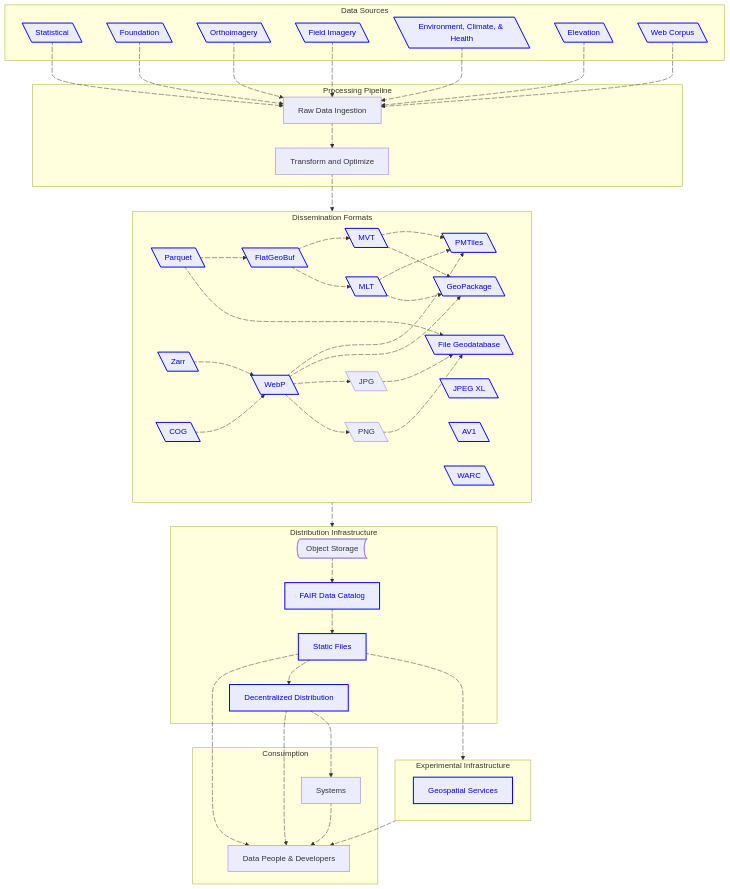
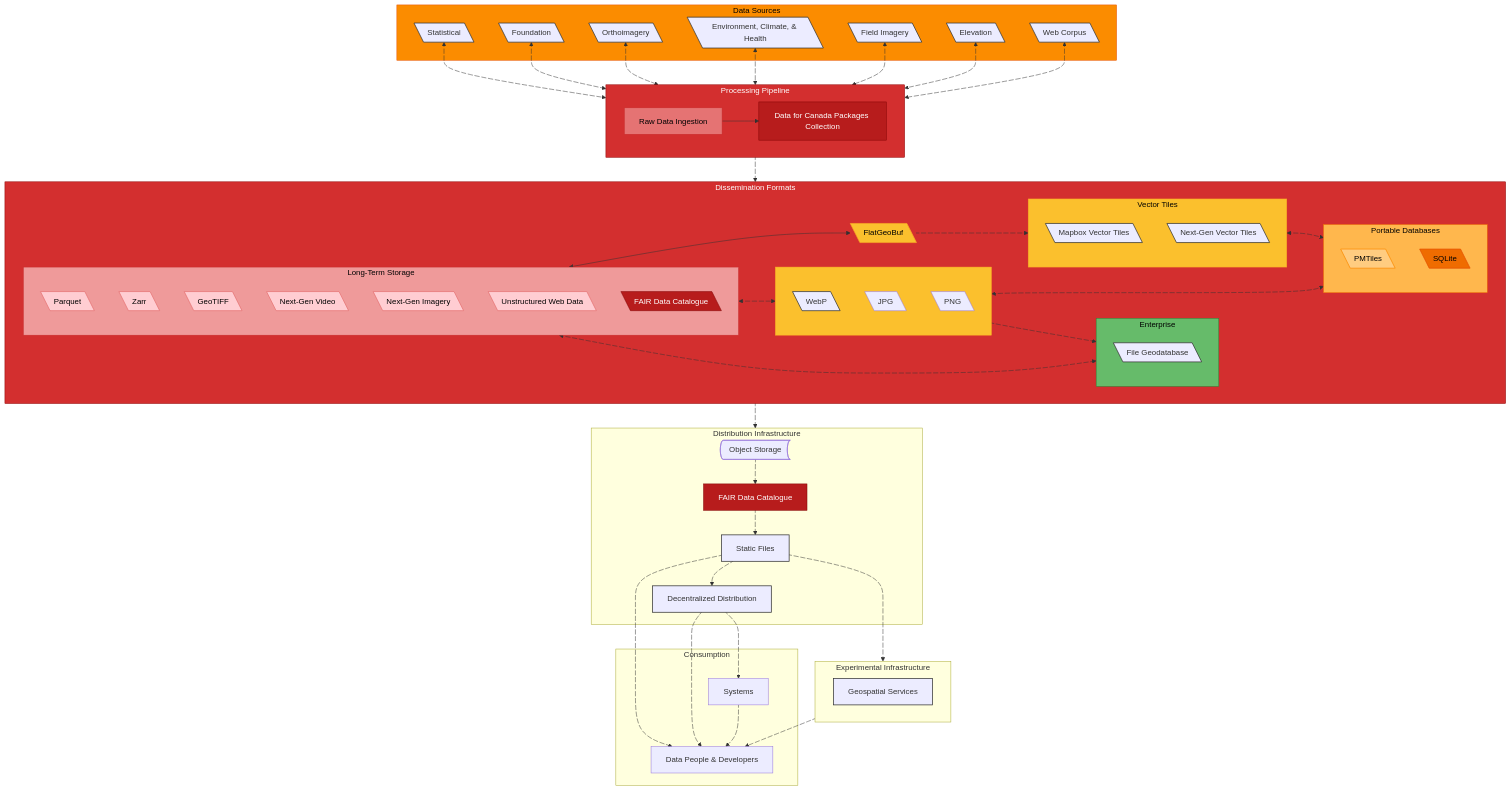
Before and after one commit to dataforcanada/.github: the diagram in profile/README.md, drawn with Mermaid. The commit also changed other lines of this file, not shown here.

````diff
--- a/profile/README.md
+++ b/profile/README.md
@@ -66,134 +69,222 @@
 ```mermaid
 flowchart TD
     classDef linkNode stroke:#0000EE,color:#0000EE,stroke-width:2px;
+    
+    %% ---------------------------------------------------------
+    %% 1. DATA SOURCES
+    %% ---------------------------------------------------------
     subgraph ds [Data Sources]
         Statistical@{ shape: lean-l}
         Foundation@{ shape: lean-l}
         Orthoimagery@{ shape: lean-l}
+        EnvironmentClimate@{ shape: lean-l, label: "Environment, Climate, & Health"}
         FieldImagery@{ shape: lean-l, label: "Field Imagery"}
-        EnvironmentClimate@{ shape: lean-l, label: "Environment, Climate, & Health"}
         Elevation@{ shape: lean-l}
         WebCorpus@{ shape: lean-l, label: "Web Corpus"}
     end
 
+    %% ---------------------------------------------------------
+    %% 3. PROCESSING PIPELINE
+    %% ---------------------------------------------------------
     subgraph pp [Processing Pipeline]
+        %% Not the orchestrator, but a key towards achieving project mission.
+        DataforCanadaPackagesCollection@{ shape: rect, label: "Data for Canada Packages Collection"}
         Raw@{ shape: rect, label: "Raw Data Ingestion"}
-        Transform@{ shape: rect, label: "Transform and Optimize"}
+        %% Internal Link
+        Raw --> DataforCanadaPackagesCollection
     end
 
+    %% ---------------------------------------------------------
+    %% 4. DISSEMINATION FORMATS
+    %% ---------------------------------------------------------
     subgraph df [Dissemination Formats]
-        Parquet@{ shape: lean-l}
+        
+        %% Box: Long-Term Storage (Pastel Gold)
+        subgraph sot [Long-Term Storage]
+            Parquet@{ shape: lean-l}
+            Zarr@{ shape: lean-l}
+            GeoTIFF@{ shape: lean-l}
+            AV1@{ shape: lean-l, label: "Next-Gen Video"}
+            JPEGXL@{ shape: lean-l, label: "Next-Gen Imagery"}
+            WARC@{ shape: lean-l, label: "Unstructured Web Data"}
+            FAIRDataDis@{ shape: lean-l, label: "FAIR Data Catalogue"}
+        end
+
+        %% Intermediate format (Standalone)
         FlatGeoBuf@{ shape: lean-l}
-        MVT@{ shape: lean-l}
-        MLT@{ shape: lean-l}
-        PMTiles@{ shape: lean-l}
-        GeoPackage@{ shape: lean-l}
-        FileGeodatabase@{shape: lean-l, label: "File Geodatabase"}
-        COG@{ shape: lean-l}
-        Zarr@{ shape: lean-l}
-        WebP@{ shape: lean-l}
-        JPG@{ shape: lean-l}
-        PNG@{ shape: lean-l}
-        JPEGXL@{ shape: lean-l, label: "JPEG XL"}
-        AV1@{ shape: lean-l, label: "AV1"}
-        WARC@{ shape: lean-l}
+
+        %% Box: Vector Tiles (Pastel Orange)
+        subgraph vt [Vector Tiles]
+            VectorTiles@{ shape: lean-l, label: "Mapbox Vector Tiles"}
+            NextGenVectorTiles@{ shape: lean-l, label: "Next-Gen Vector Tiles"}
+        end
+
+        %% Box: Visuals (Pastel Blue - No Name)
+        subgraph visuals [" "]
+            WebP@{ shape: lean-l}
+            JPG@{ shape: lean-l}
+            PNG@{ shape: lean-l}
+        end
+
+        %% Box: Portable Databases (Pastel Green)
+        subgraph pkg [Portable Databases]
+            PMTiles@{ shape: lean-l}
+            SQLite@{ shape: lean-l}
+        end
+
+        %% Box: Enterprise (Pastel Purple)
+        subgraph ent [Enterprise]
+            FileGeodatabase@{shape: lean-l, label: "File Geodatabase"}
+        end
     end
 
+    %% ---------------------------------------------------------
+    %% 5. DISTRIBUTION INFRASTRUCTURE
+    %% ---------------------------------------------------------
     subgraph di [Distribution Infrastructure]
         ObjectStorage@{ shape: bow-rect, label: "Object Storage"}
-        Metadata@{ shape: rect, label: "FAIR Data Catalog"}
+        Metadata@{ shape: rect, label: "FAIR Data Catalogue"}
         HTTP@{ shape: rect, label: "Static Files"}
         DecentralizedDistribution@{ shape: rect, label: "Decentralized Distribution"}
     end
 
+    %% ---------------------------------------------------------
+    %% 6. EXPERIMENTAL INFRASTRUCTURE
+    %% ---------------------------------------------------------
     subgraph ei [Experimental Infrastructure]
         GeoSpatialServices@{ shape: rect, label: "Geospatial Services"}
-        %%Martin@{ shape: rect}
-        %%GeoServer@{ shape: rect}
-        %%ZOOProject@{ shape: rect, label: "ZOO-Project"}
-        %%BBOXServer@{ shape: rect, label: "BBOX Server"}
-        %%Panoramax@{ shape: rect}
-        %%Pelias@{ shape: rect}
     end
 
+    %% ---------------------------------------------------------
+    %% 7. CONSUMPTION
+    %% ---------------------------------------------------------
     subgraph "Consumption"
         DataSci@{ shape: rect, label: "Data People & Developers"}
         Systems@{ shape: rect, label: "Systems"}
     end
 
-    %% Relationships
-    Statistical a1@--> Raw
+    %% =========================================================
+    %% RELATIONSHIPS
+    %% =========================================================
+
+    %% Data Sources <--> Data for Canada Packages Collection (Box)
+    Statistical a1@<--> pp
     a1@{animate: true, animation: slow}
-    Foundation a2@--> Raw
+    Foundation a2@<--> pp
     a2@{animate: true, animation: slow}
-    Orthoimagery a3@--> Raw
+    Orthoimagery a3@<--> pp
     a3@{animate: true, animation: slow}
-    FieldImagery a4@--> Raw
+    EnvironmentClimate a5@<--> pp
+    a5@{animate: true, animation: fast}
+    FieldImagery a4@<--> pp
     a4@{animate:true, animation: fast}
-    EnvironmentClimate a5@--> Raw
-    a5@{animate: true, animation: fast}
-    Elevation a6@--> Raw
+    Elevation a6@<--> pp
     a6@{animate: true, animation: slow}
-    WebCorpus a7@--> Raw
+    WebCorpus a7@<--> pp
     a7@{animate: true, animation: fast}
-    Raw a8@--> Transform
-    a8@{animate: true, animation: slow}
-    Transform a9@--> df
-    a9@{animate: true, animation: slow}
-    Parquet a10@--> FlatGeoBuf
+
+    pp a10@--> df
     a10@{animate: true, animation: fast}
-    Parquet a100@--> FileGeodatabase
+
+    %% Long-Term Storage --> FlatGeoBuf
+    sot a10@<--> FlatGeoBuf
+    a10@{animate: true, animation: fast}
+    
+    %% FlatGeoBuf --> Vector Tiles (Box)
+    FlatGeoBuf a11@--> vt
+    a11@{animate: true, animation: fast}
+
+    %% Long-Term Storage <--> Visuals (Box)
+    sot a12@<--> visuals
+    a12@{animate: true, animation: slow}
+
+    %% Vector Tiles --> Portable Databases (Box)
+    vt a90@<--> pkg
+    a90@{animate: true, animation: fast}
+
+    %% Visuals --> Portable Databases (Box)
+    visuals a93@<--> pkg
+    a93@{animate: true, animation: slow}
+
+    %% Long-Term Storage --> Enterprise (Box)
+    sot a100@<--> ent
     a100@{animate: true, animation: slow}
-    FlatGeoBuf a11@--> MVT
-    a11@{animate: true, animation: fast}
-    FlatGeoBuf a91@--> MLT
-    a91@{animate: true, animation: fast}
-    MVT a90@ --> PMTiles
-    a90@{animate: true, animation: fast}
-    MVT a96@ --> GeoPackage
-    a96@{animate: true, animation: slow}
-    MLT a92@ --> PMTiles
-    a92@{animate: true, animation: slow}
-    MLT a95@ --> GeoPackage
-    a95@{animate: true, animation: slow}
-    Zarr a12@ --> WebP
-    a12@{animate: true, animation: slow}
-    df a13@ --> di
+
+    %% Visuals --> Enterprise (Box)
+    visuals a102@--> ent
+    a102@{animate: true, animation: slow}
+
+    %% Dissemination Formats --> Distribution Infrastructure
+    df a13@--> di
     a13@{animate: true, animation: slow}
-    COG a14@--> WebP
-    a14@{animate: true, animation: slow}
-    WebP a93@--> PMTiles 
-    a93@{animate: true, animation: slow}
-    WebP a94@--> GeoPackage
-    a94@{animate: true, animation: slow}
-    WebP a103@--> JPG
-    a103@{animate: true, animation: slow}
-    WebP a104@--> PNG
-    a104@{animate: true, animation: slow}
-	JPG a101@--> FileGeodatabase
-    a101@{animate: true, animation: slow}
-	PNG a102@--> FileGeodatabase
-    a102@{animate: true, animation: slow}
+
+    %% Distribution Infrastructure Flow
     ObjectStorage a15@--> Metadata
     a15@{animate: true, animation: slow}
     Metadata a16@--> HTTP
     a16@{animate: true, animation: slow}
+    
     HTTP a17@--> ei
     a17@{animate: true, animation: slow}
     HTTP a18@--> DecentralizedDistribution
     a18@{animate: true, animation: slow}
     HTTP a19@--> DataSci
     a19@{animate: true, animation: slow}
+    
     DecentralizedDistribution a20@--> Systems
     a20@{animate: true, animation: fast}
     DecentralizedDistribution a21@--> DataSci
     a21@{animate: true, animation: fast}
+    
     Systems a22@ --> DataSci
     a22@{animate: true, animation: fast}
     ei a23@ --> DataSci
     a23@{animate: true, animation: slow}
 
-    %% URLs
+    %% =========================================================
+    %% STYLING
+    %% =========================================================
+
+classDef linkNode stroke:#333333,color:#333333,stroke-width:1.5px;
+
+style pp fill:#D32F2F,stroke:#8E0000,color:#FFFFFF
+style DataforCanadaPackagesCollection fill:#B71C1C,stroke:#7F0000,color:#FFFFFF
+style FAIRDataDis fill:#B71C1C,stroke:#7F0000,color:#FFFFFF
+style Metadata fill:#B71C1C,stroke:#7F0000,color:#FFFFFF
+style Raw fill:#E57373,stroke:#C62828,color:#000000
+
+style df fill:#D32F2F,stroke:#8E0000,color:#FFFFFF
+style sot fill:#EF9A9A,stroke:#C62828,color:#000000
+
+style Parquet fill:#FFCDD2,stroke:#E57373,color:#000000
+style Zarr fill:#FFCDD2,stroke:#E57373,color:#000000
+style GeoTIFF fill:#FFCDD2,stroke:#E57373,color:#000000
+style JPEGXL fill:#FFCDD2,stroke:#E57373,color:#000000
+style WARC fill:#FFCDD2,stroke:#E57373,color:#000000
+style AV1 fill:#FFCDD2,stroke:#E57373,color:#000000
+
+style ds fill:#FB8C00,stroke:#E65100,color:#000000
+
+style pkg fill:#FFB74D,stroke:#EF6C00,color:#000000
+style SQLite fill:#EF6C00,stroke:#E65100,color:#000000
+style PMTiles fill:#FFCC80,stroke:#FB8C00,color:#000000
+
+style vt fill:#FBC02D,stroke:#F9A825,color:#000000
+style FlatGeoBuf fill:#FBC02D,stroke:#F9A825,color:#000000
+
+style visuals fill:#FBC02D,stroke:#F9A825,color:#000000
+
+style ent fill:#66BB6A,stroke:#2E7D32,color:#000000
+
+class Foundation,Statistical,Orthoimagery,FieldImagery,EnvironmentClimate,Elevation,WebCorpus linkNode
+class Parquet,FlatGeoBuf,SQLite,FileGeodatabase,VectorTiles,NextGenVectorTiles,GeoTIFF,Zarr,WebP,PMTiles,JPEGXL,AV1,WARC linkNode
+class DecentralizedDistribution,HTTP,GeoSpatialServices linkNode
+
+    %% =========================================================
+    %% CLICK ACTIONS
+    %% =========================================================
+    click DataforCanadaPackagesCollection "https://github.com/dataforcanada/dataforcanadapkgs-labs/" _blank
+
     click Foundation "https://github.com/dataforcanada/process-foundation-labs/" _blank
     click Statistical "https://github.com/dataforcanada/process-statistical-labs/" _blank
     click Orthoimagery "https://github.com/dataforcanada/process-orthoimagery-labs/" _blank
@@ -204,30 +295,21 @@
 
     click Parquet "https://github.com/apache/parquet-format/" _blank
     click FlatGeoBuf "https://flatgeobuf.org/" _blank
-    click GeoPackage "https://www.geopackage.org/" _blank
+    click SQLite "https://www.geopackage.org/" _blank
     click FileGeodatabase "https://gdal.org/en/stable/drivers/vector/openfilegdb.html" _blank
-    click MVT "https://github.com/mapbox/vector-tile-spec/" _blank
-    click MLT "https://github.com/maplibre/maplibre-tile-spec/" _blank
-    click COG "https://cogeo.org/" _blank
+    click VectorTiles "https://github.com/mapbox/vector-tile-spec/" _blank
+    click NextGenVectorTiles "https://github.com/maplibre/maplibre-tile-spec/" _blank
+    click GeoTIFF "https://cogeo.org/" _blank
     click Zarr "https://github.com/zarr-developers/geozarr-spec/" _blank
     click WebP "https://developers.google.com/speed/webp/" _blank
     click PMTiles "https://github.com/protomaps/PMTiles/blob/main/spec/v3/spec.md" _blank
     click JPEGXL "https://jpeg.org/jpegxl/" _blank
     click AV1 "https://aomedia.org/specifications/av1/" _blank
     click WARC "https://github.com/iipc/warc-specifications/" _blank
+    click FAIRDataDis "https://stac-utils.github.io/stac-geoparquet/latest/spec/stac-geoparquet-spec/" _blank
+
     click HTTP "https://www.dataforcanada.org/docs/getting_started/" _blank
     click DecentralizedDistribution "https://www.dataforcanada.org/docs/dissemination/" _blank
     click Metadata "https://stac-utils.github.io/stac-geoparquet/latest/spec/stac-geoparquet-spec/" _blank
     click GeoSpatialServices "https://github.com/dataforcanada/geo-services-labs/" _blank
-    click Martin "https://martin.maplibre.org/" _blank
-    click GeoServer "https://geoserver.org/" _blank
-    click ZOOProject "https://zoo-project.org/" _blank
-    click BBOXServer "https://www.bbox.earth/" _blank
-    click Panoramax "https://gitlab.com/panoramax" _blank
-    click Pelias "https://pelias.io" _blank
-
-    %% APPLY STYLES TO LINKED NODES
-    class Foundation,Statistical,Orthoimagery,FieldImagery,EnvironmentClimate,Elevation,WebCorpus linkNode
-    class Parquet,FlatGeoBuf,GeoPackage,FileGeodatabase,MVT,MLT,COG,Zarr,WebP,PMTiles,JPEGXL,AV1,WARC linkNode
-    class DecentralizedDistribution,HTTP,Metadata,GeoSpatialServices linkNode
 ```
````
